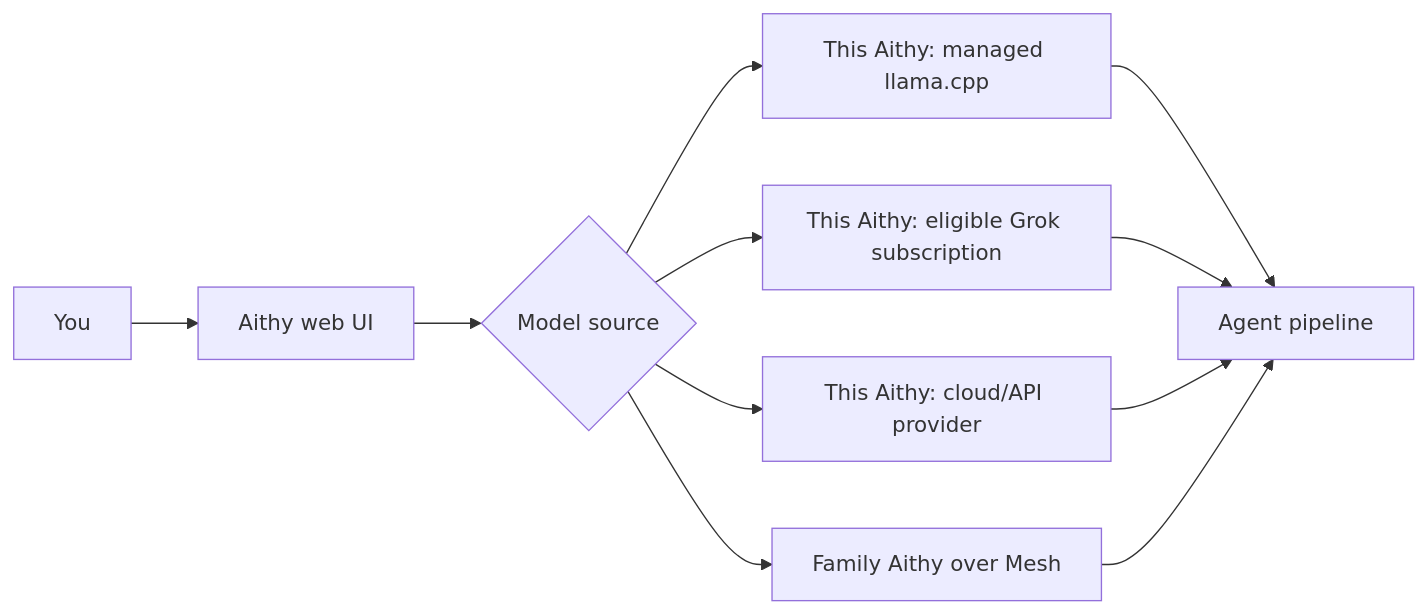
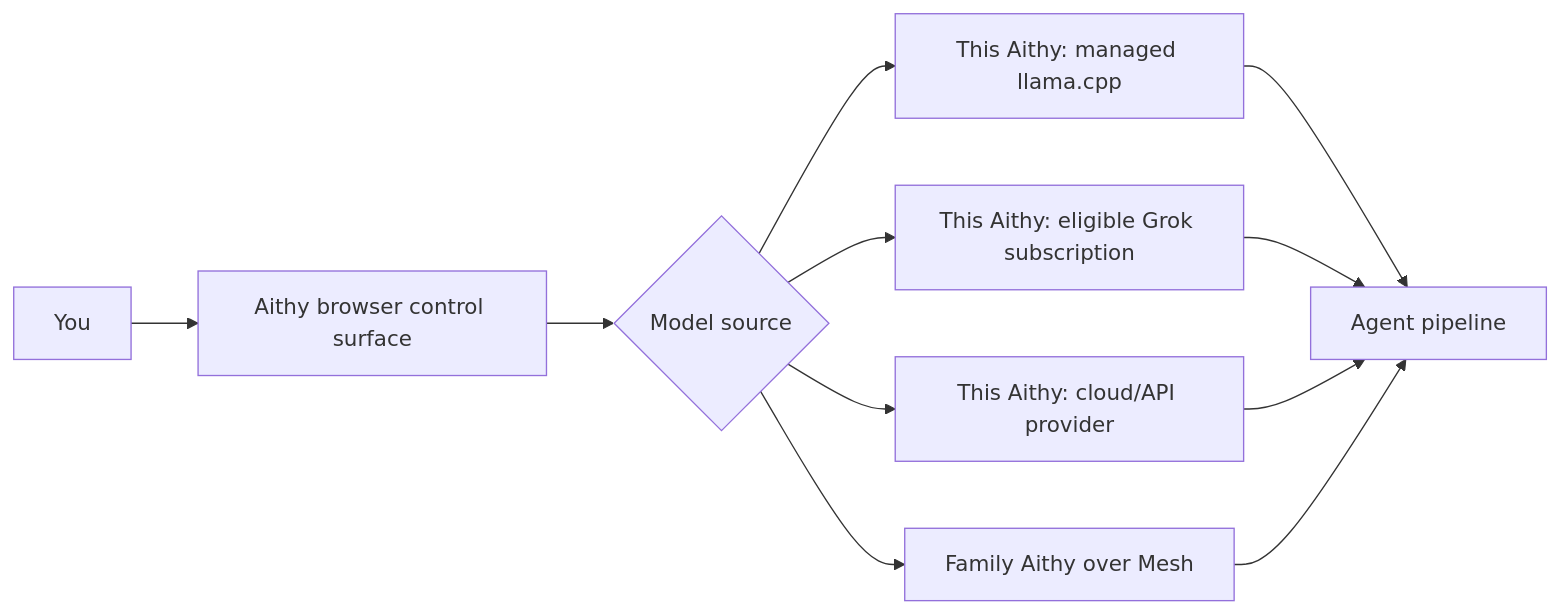
Before and after one commit to dosco/aithy: the first of 3 diagrams in README.md, drawn with Mermaid. The commit also changed other lines of this file and 29 other files, not shown here.

````diff
--- a/README.md
+++ b/README.md
@@ -103,13 +103,13 @@
 ```mermaid
 flowchart LR
-  User["You"] --> UI["Aithy web UI"]
+  User["You"] --> UI["Aithy browser control surface"]
   UI --> Source{"Model source"}
   Source --> Local["This Aithy: managed llama.cpp"]
   Source --> Grok["This Aithy: eligible Grok subscription"]
   Source --> Cloud["This Aithy: cloud/API provider"]
   Source --> Family["Family Aithy over Mesh"]
   Local --> Agent["Agent pipeline"]
   Grok --> Agent
   Cloud --> Agent
   Family --> Agent
 ```
````
